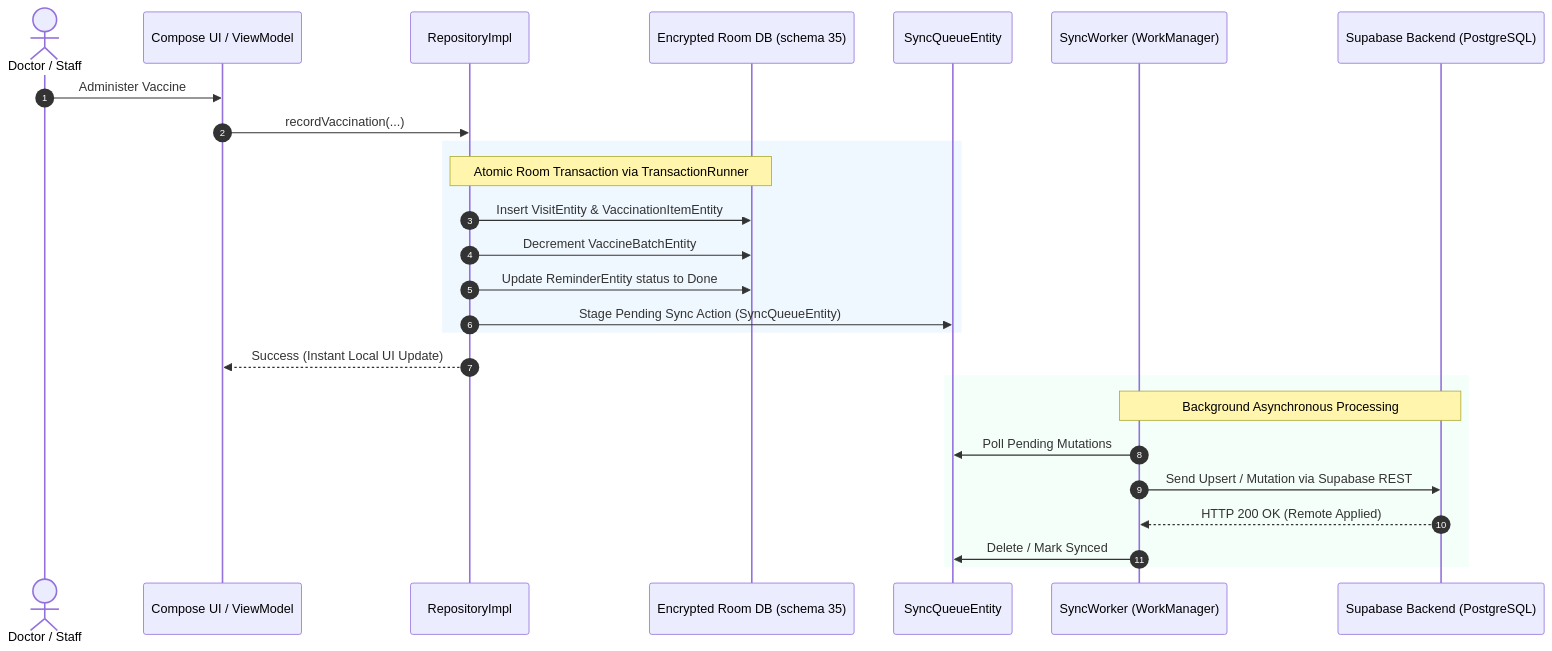
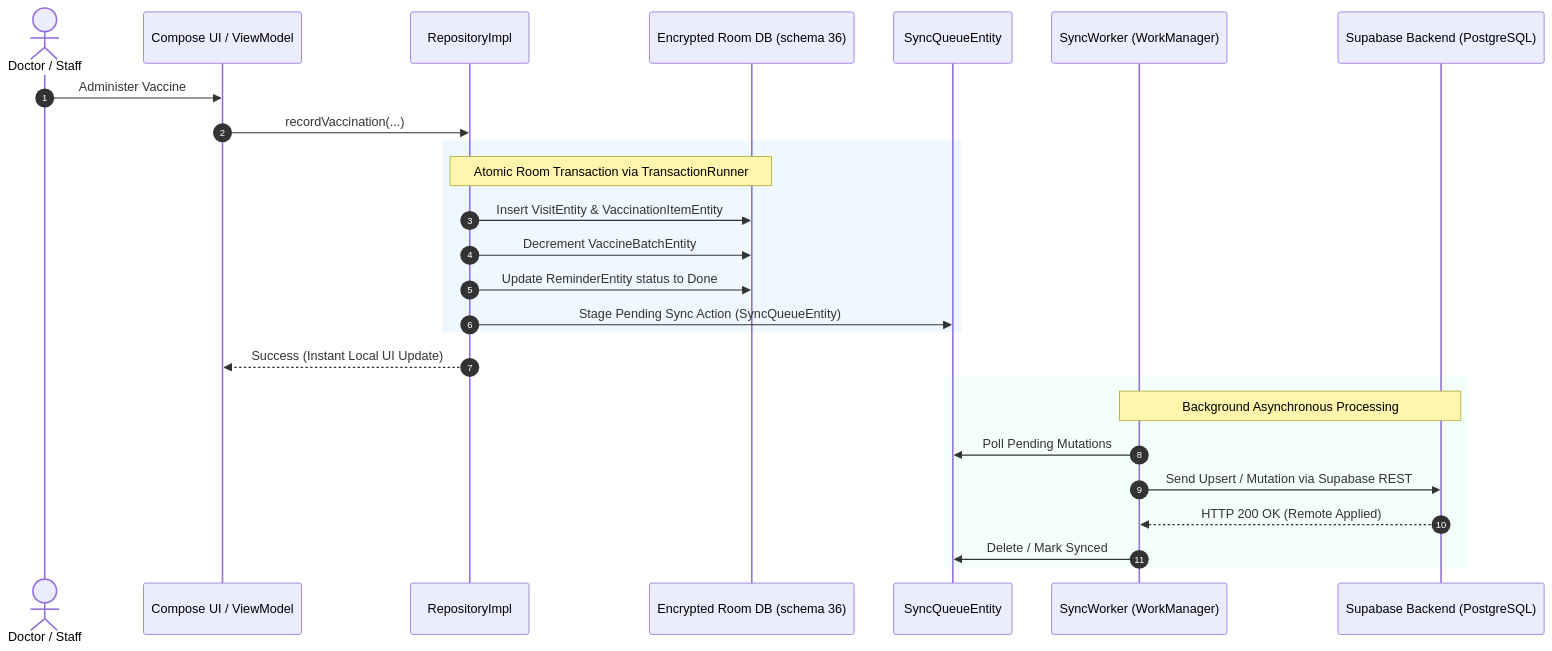
One commit to CyferBoy/Neo_Child_Clinic changed the diagram in docs/agents/PROJECT_ARCHITECTURE.md. Above: the diagram before and after it, drawn with Mermaid. The commit also changed other lines of this file and 17 other files, not shown here.

````diff
--- a/docs/agents/PROJECT_ARCHITECTURE.md
+++ b/docs/agents/PROJECT_ARCHITECTURE.md
@@ -60,30 +60,30 @@
 ```mermaid
 sequenceDiagram
     autonumber
     actor Doctor as Doctor / Staff
     participant UI as Compose UI / ViewModel
     participant Repo as RepositoryImpl
-    participant Room as Encrypted Room DB (schema 35)
+    participant Room as Encrypted Room DB (schema 36)
     participant Outbox as SyncQueueEntity
     participant Worker as SyncWorker (WorkManager)
     participant Supabase as Supabase Backend (PostgreSQL)
 
     Doctor->>UI: Administer Vaccine
     UI->>Repo: recordVaccination(...)
     rect rgb(240, 248, 255)
         Note over Repo,Room: Atomic Room Transaction via TransactionRunner
         Repo->>Room: Insert VisitEntity & VaccinationItemEntity
         Repo->>Room: Decrement VaccineBatchEntity
         Repo->>Room: Update ReminderEntity status to Done
         Repo->>Outbox: Stage Pending Sync Action (SyncQueueEntity)
     end
     Repo-->>UI: Success (Instant Local UI Update)
     
     rect rgb(245, 255, 250)
         Note over Worker,Supabase: Background Asynchronous Processing
         Worker->>Outbox: Poll Pending Mutations
         Worker->>Supabase: Send Upsert / Mutation via Supabase REST
         Supabase-->>Worker: HTTP 200 OK (Remote Applied)
         Worker->>Outbox: Delete / Mark Synced
     end
 ```
````
